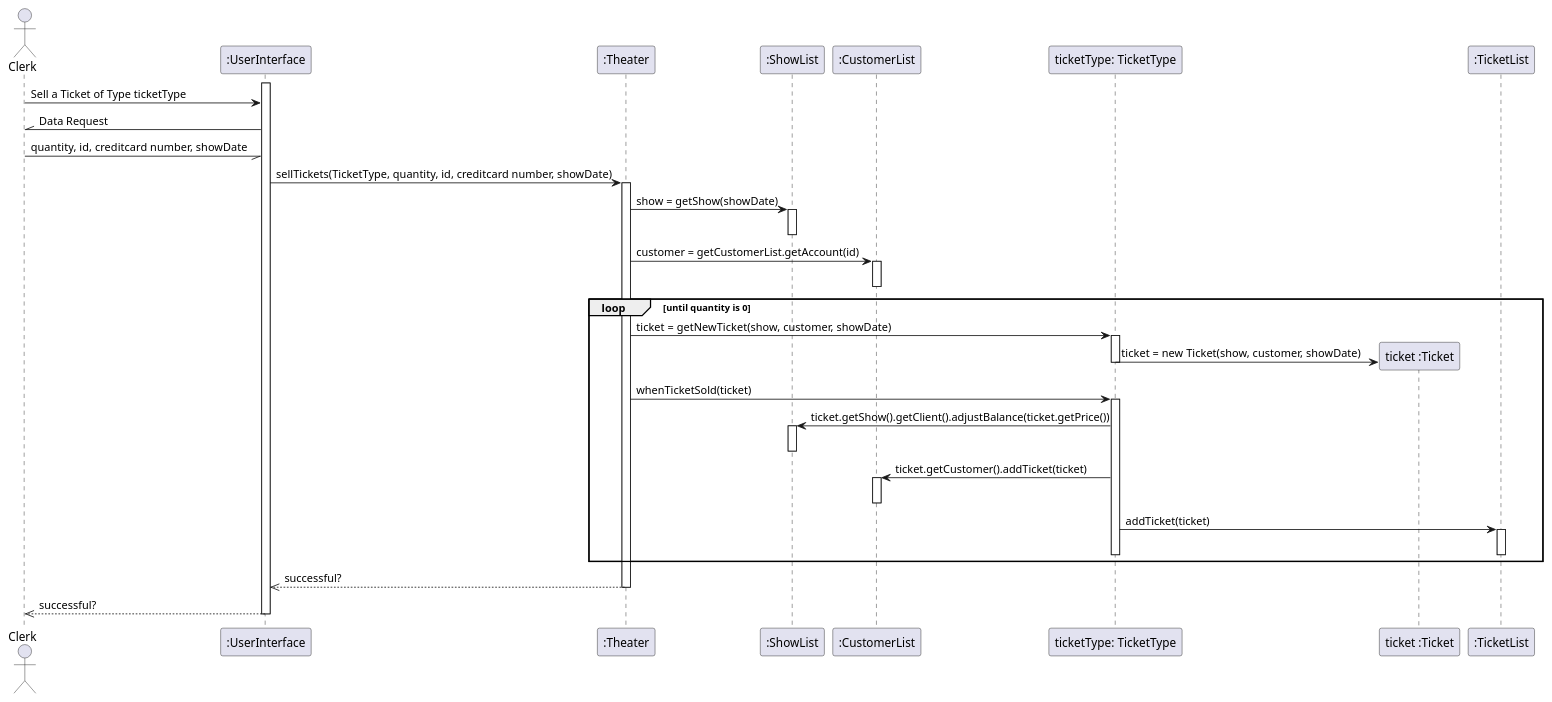
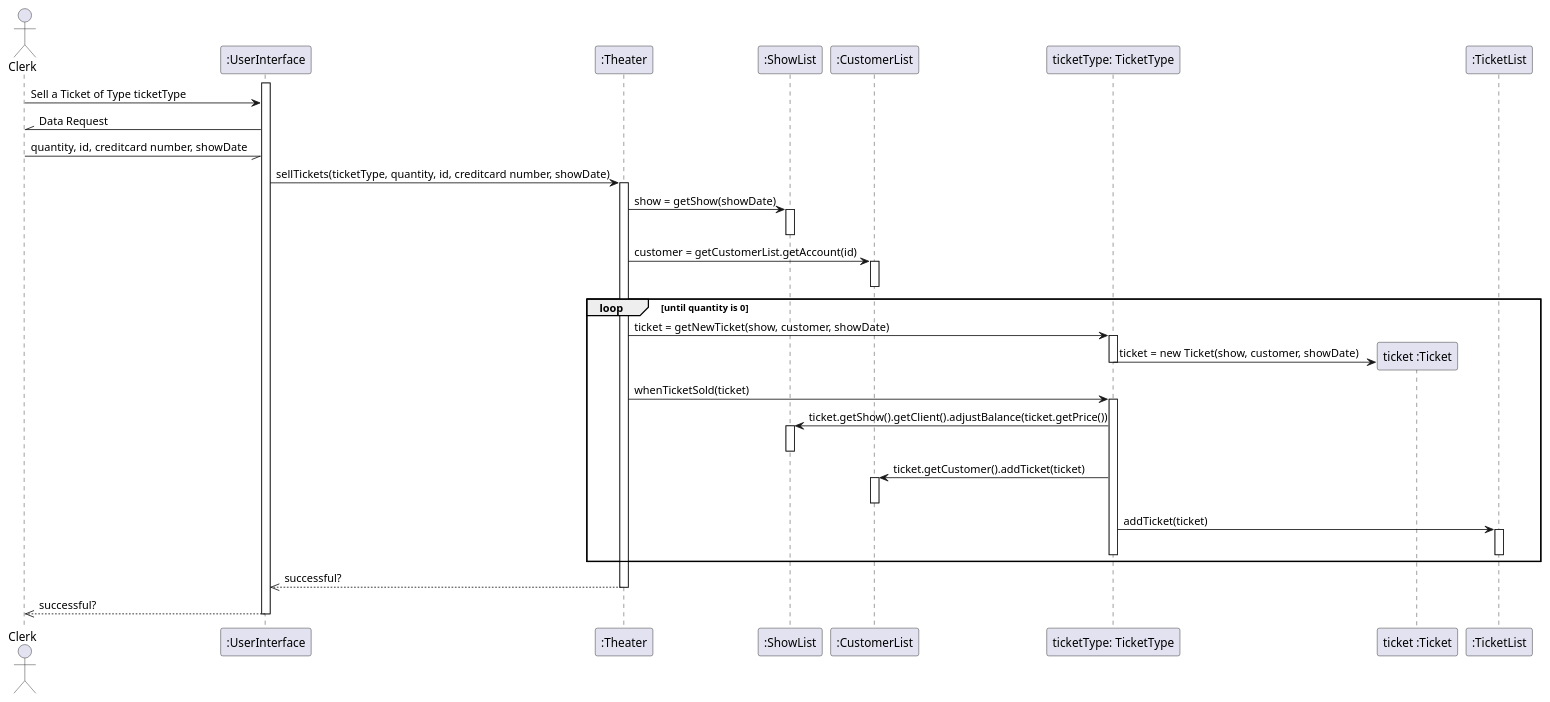
One commit to FreezeWarp/372Groupwork changed the diagram in src/SequenceDiagrams/SellTicket.pu. Above: the diagram before and after it, drawn with PlantUML. The commit also changed 5 other files, not shown here.

First line of the commit message:
Remove (with dummy note) the other Sell Ticket Sequence Diagrams

```diff
--- a/src/SequenceDiagrams/SellTicket.pu
+++ b/src/SequenceDiagrams/SellTicket.pu
@@ -1,43 +1,43 @@
 @startuml
 
 actor Clerk
 
 activate ":UserInterface"
 Clerk -> ":UserInterface" : Sell a Ticket of Type ticketType
 Clerk //- ":UserInterface": Data Request
 Clerk -// ":UserInterface": quantity, id, creditcard number, showDate
-":UserInterface" -> ":Theater" : sellTickets(TicketType, quantity, id, creditcard number, showDate)
+":UserInterface" -> ":Theater" : sellTickets(ticketType, quantity, id, creditcard number, showDate)
 activate ":Theater"
 ":Theater" -> ":ShowList" : show = getShow(showDate)
 activate ":ShowList"
 deactivate ":ShowList"
 ":Theater" -> ":CustomerList" : customer = getCustomerList.getAccount(id)
 activate ":CustomerList"
 deactivate ":CustomerList"
 
 loop until quantity is 0
     ":Theater" -> "ticketType: TicketType": ticket = getNewTicket(show, customer, showDate)
     activate "ticketType: TicketType"
     create "ticket :Ticket"
     "ticketType: TicketType" -> "ticket :Ticket": ticket = new Ticket(show, customer, showDate)
     deactivate "ticketType: TicketType"
 
     ":Theater" -> "ticketType: TicketType": whenTicketSold(ticket)
     activate "ticketType: TicketType"
     "ticketType: TicketType" -> ":ShowList": ticket.getShow().getClient().adjustBalance(ticket.getPrice())
     activate ":ShowList"
     deactivate ":ShowList"
     "ticketType: TicketType" -> ":CustomerList": ticket.getCustomer().addTicket(ticket)
     activate ":CustomerList"
     deactivate ":CustomerList"
     "ticketType: TicketType" -> ":TicketList": addTicket(ticket)
     activate ":TicketList"
     deactivate ":TicketList"
     deactivate "ticketType: TicketType"
 end
 
 ":Theater" -->> ":UserInterface" : successful?
 deactivate ":Theater"
 ":UserInterface" -->> Clerk : successful?
 deactivate ":UserInterface"
 @enduml
```
